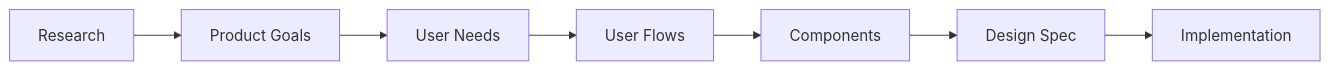
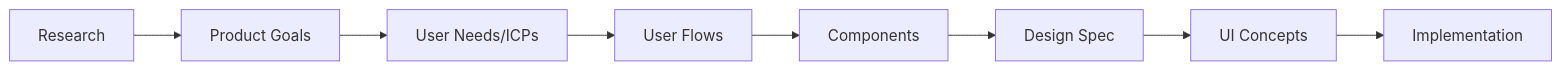
The first of 13 diagrams in .cursor/skills/ux-product-thinking/SKILL.md (SeanningTatum/mise-en-place-2), drawn with Mermaid before and after one commit. The commit also changed other lines of this file and 14 other files, not shown here.

````diff
--- a/.cursor/skills/ux-product-thinking/SKILL.md
+++ b/.cursor/skills/ux-product-thinking/SKILL.md
@@ -31,9 +41,10 @@
 ```mermaid
 flowchart LR
     R[Research] --> G[Product Goals]
-    G --> U[User Needs]
+    G --> U[User Needs/ICPs]
     U --> F[User Flows]
     F --> C[Components]
     C --> D[Design Spec]
-    D --> I[Implementation]
+    D --> UI[UI Concepts]
+    UI --> I[Implementation]
 ```
````
